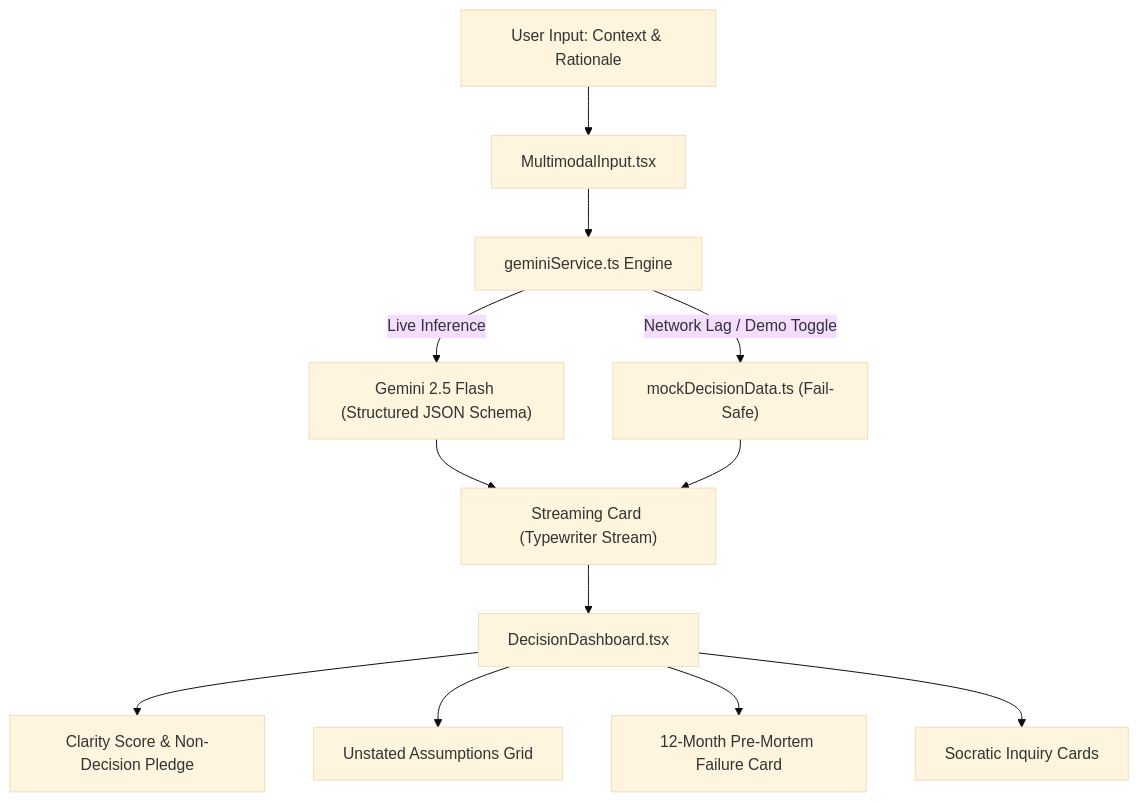
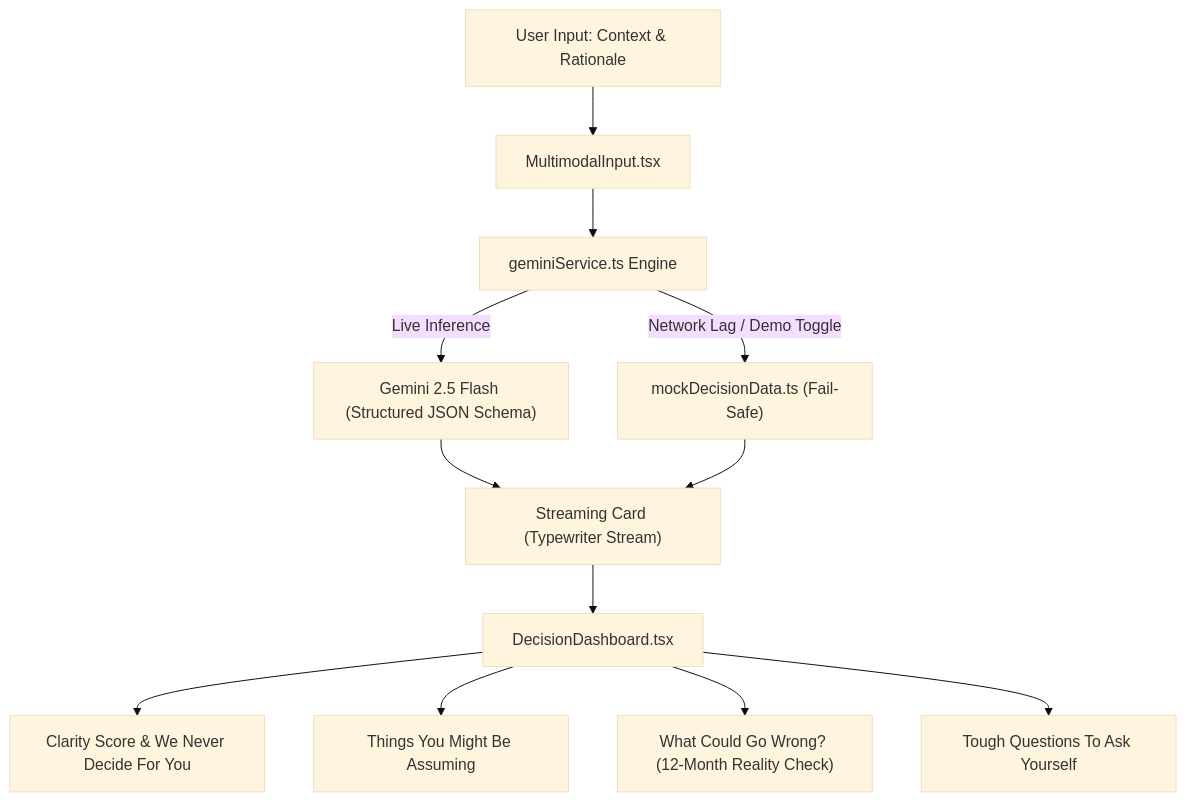
One commit to crunchyrolll1810-cyber/Adityashambharkar_Promptwars changed the diagram in README.md. Above: the diagram before and after it, drawn with Mermaid (base theme). The commit also changed other lines of this file and 11 other files, not shown here.

````diff
--- a/README.md
+++ b/README.md
@@ -27,14 +27,14 @@
 ```mermaid
 graph TD
     A["User Input: Context & Rationale"] --> B["MultimodalInput.tsx"]
     B --> C["geminiService.ts Engine"]
     C -->|Live Inference| D["Gemini 2.5 Flash (Structured JSON Schema)"]
     C -->|Network Lag / Demo Toggle| E["mockDecisionData.ts (Fail-Safe)"]
     D --> F["Streaming Card (Typewriter Stream)"]
     E --> F
     F --> G["DecisionDashboard.tsx"]
-    G --> H1["Clarity Score & Non-Decision Pledge"]
-    G --> H2["Unstated Assumptions Grid"]
-    G --> H3["12-Month Pre-Mortem Failure Card"]
-    G --> H4["Socratic Inquiry Cards"]
+    G --> H1["Clarity Score & We Never Decide For You"]
+    G --> H2["Things You Might Be Assuming"]
+    G --> H3["What Could Go Wrong? (12-Month Reality Check)"]
+    G --> H4["Tough Questions To Ask Yourself"]
 ```
````
